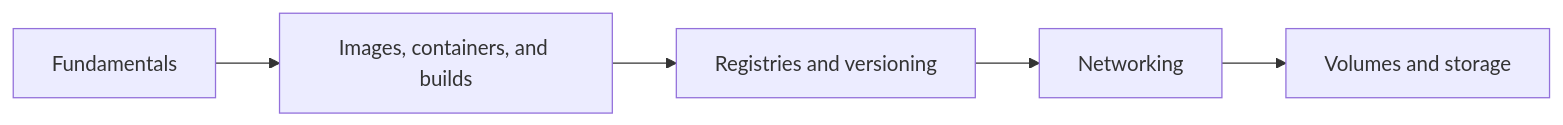
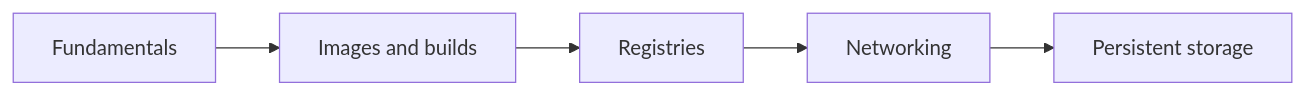
One commit to rashid-mamun/tech-interview-hub changed the diagram in docs/docker/index.md. Above: the diagram before and after it, drawn with Mermaid. The commit also changed other lines of this file and 43 other files, not shown here.

````diff
--- a/docs/docker/index.md
+++ b/docs/docker/index.md
@@ -3,7 +5,5 @@
 ```mermaid
 flowchart LR
-    F[Fundamentals] --> B[Images, containers, and builds]
-    B --> R[Registries and versioning]
-    R --> N[Networking]
-    N --> S[Volumes and storage]
+    F[Fundamentals] --> B[Images and builds] --> R[Registries]
+    R --> N[Networking] --> S[Persistent storage]
 ```
````
